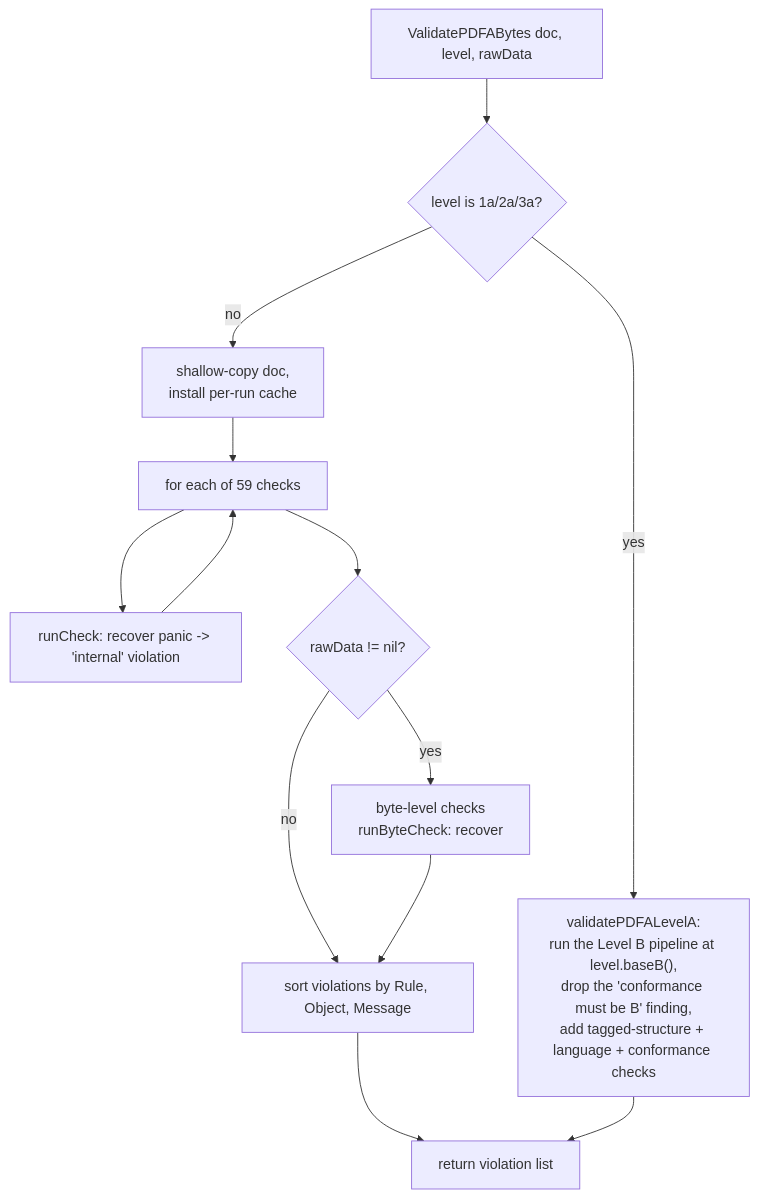
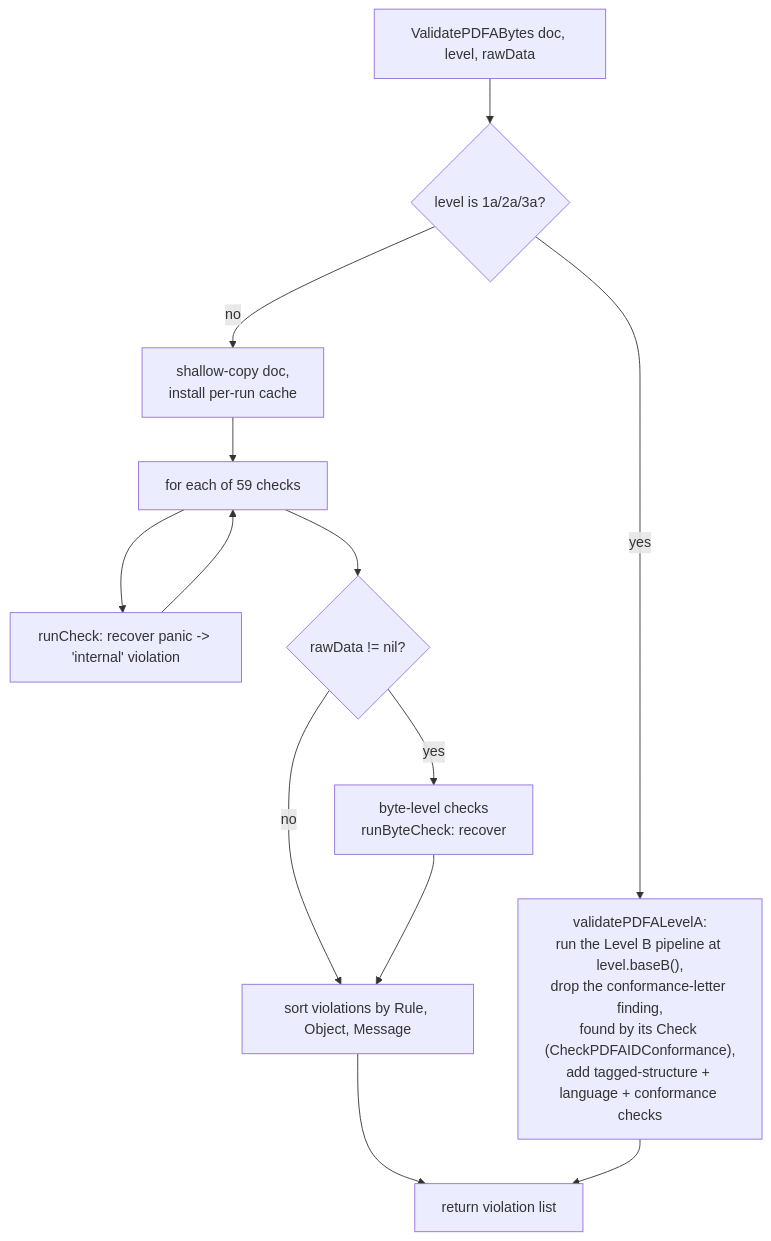
The second of 2 diagrams in docs/validators.md (mgilbir/pdf0), drawn with Mermaid before and after one commit. The commit also changed 3 other files, not shown here.

````diff
--- a/docs/validators.md
+++ b/docs/validators.md
@@ -173,15 +173,15 @@
 ```mermaid
 flowchart TD
     A[ValidatePDFABytes doc, level, rawData] --> LA{level is 1a/2a/3a?}
-    LA -->|yes| LB["validatePDFALevelA:<br/>run the Level B pipeline at level.baseB(),<br/>drop the 'conformance must be B' finding,<br/>add tagged-structure + language + conformance checks"]
+    LA -->|yes| LB["validatePDFALevelA:<br/>run the Level B pipeline at level.baseB(),<br/>drop the conformance-letter finding,<br/>found by its Check (CheckPDFAIDConformance),<br/>add tagged-structure + language + conformance checks"]
     LA -->|no| B[shallow-copy doc,<br/>install per-run cache]
     B --> C[for each of 59 checks]
     C --> D[runCheck: recover panic -> 'internal' violation]
     D --> C
     C --> E{rawData != nil?}
     E -->|yes| F[byte-level checks<br/>runByteCheck: recover]
     E -->|no| G
     F --> G[sort violations by Rule, Object, Message]
     G --> I[return violation list]
     LB --> I
 ```
````
